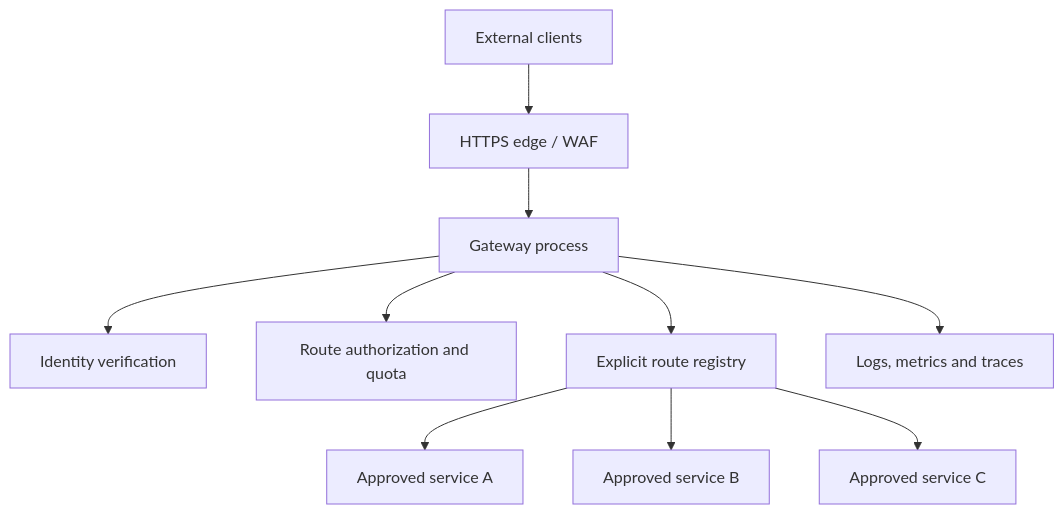
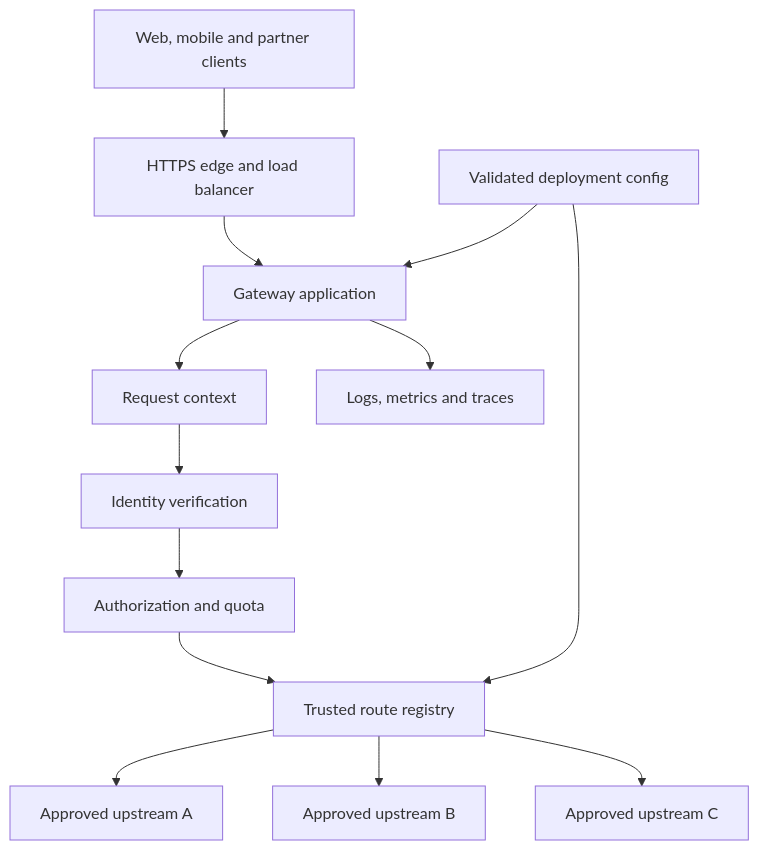
The diagram in docs/architecture.md (Brajesh31/API-Gateway-Tripzy), drawn with Mermaid before and after one commit. The commit also changed other lines of this file, not shown here.

Commit message:
docs: deepen docs/architecture.md

````diff
--- a/docs/architecture.md
+++ b/docs/architecture.md
@@ -9,12 +13,18 @@
-```mermaid
+~~~mermaid
 flowchart TB
-  Client[External clients] --> Edge[HTTPS edge / WAF]
-  Edge --> GW[Gateway process]
-  GW --> Auth[Identity verification]
-  GW --> Policy[Route authorization and quota]
-  GW --> Registry[Explicit route registry]
-  Registry --> A[Approved service A]
-  Registry --> B[Approved service B]
-  Registry --> C[Approved service C]
-  GW --> Telemetry[Logs, metrics and traces]
-```
+  Client[Web, mobile and partner clients]
+  Edge[HTTPS edge and load balancer]
+  Gateway[Gateway application]
+  Context[Request context]
+  Identity[Identity verification]
+  Policy[Authorization and quota]
+  Registry[Trusted route registry]
+  Client --> Edge --> Gateway
+  Gateway --> Context --> Identity --> Policy --> Registry
+  Registry --> ServiceA[Approved upstream A]
+  Registry --> ServiceB[Approved upstream B]
+  Registry --> ServiceC[Approved upstream C]
+  Gateway --> Telemetry[Logs, metrics and traces]
+  Config[Validated deployment config] --> Gateway
+  Config --> Registry
+~~~
````
